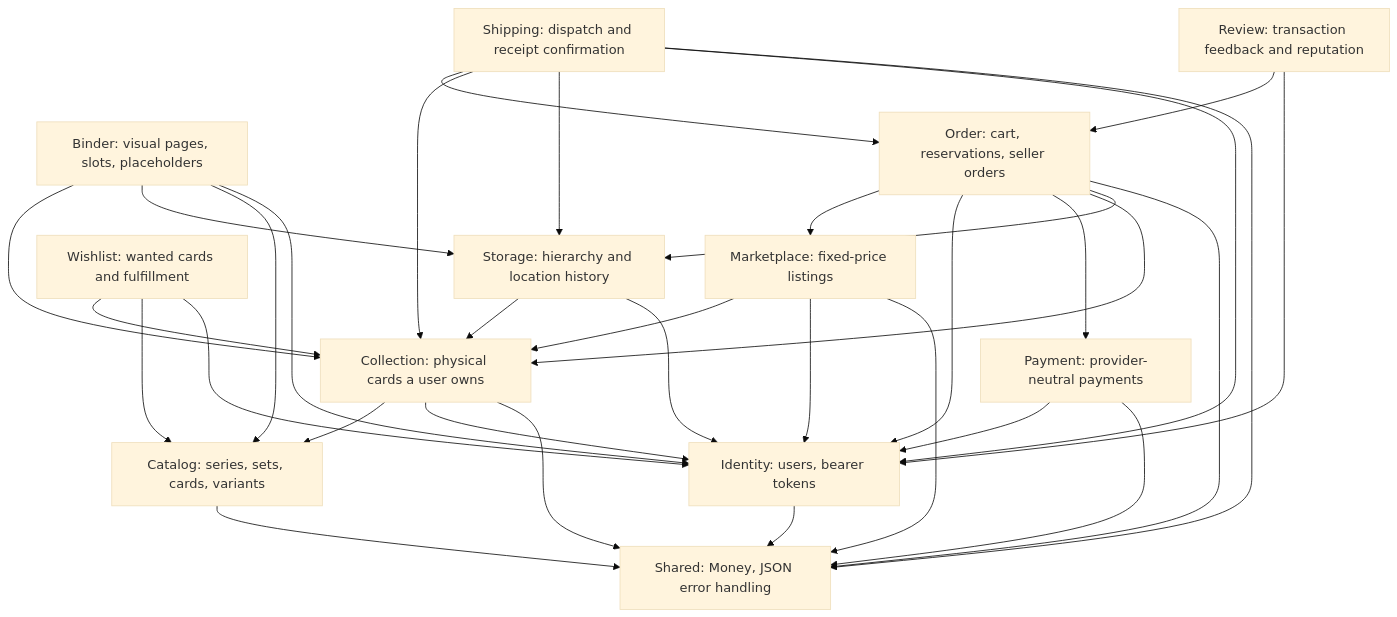
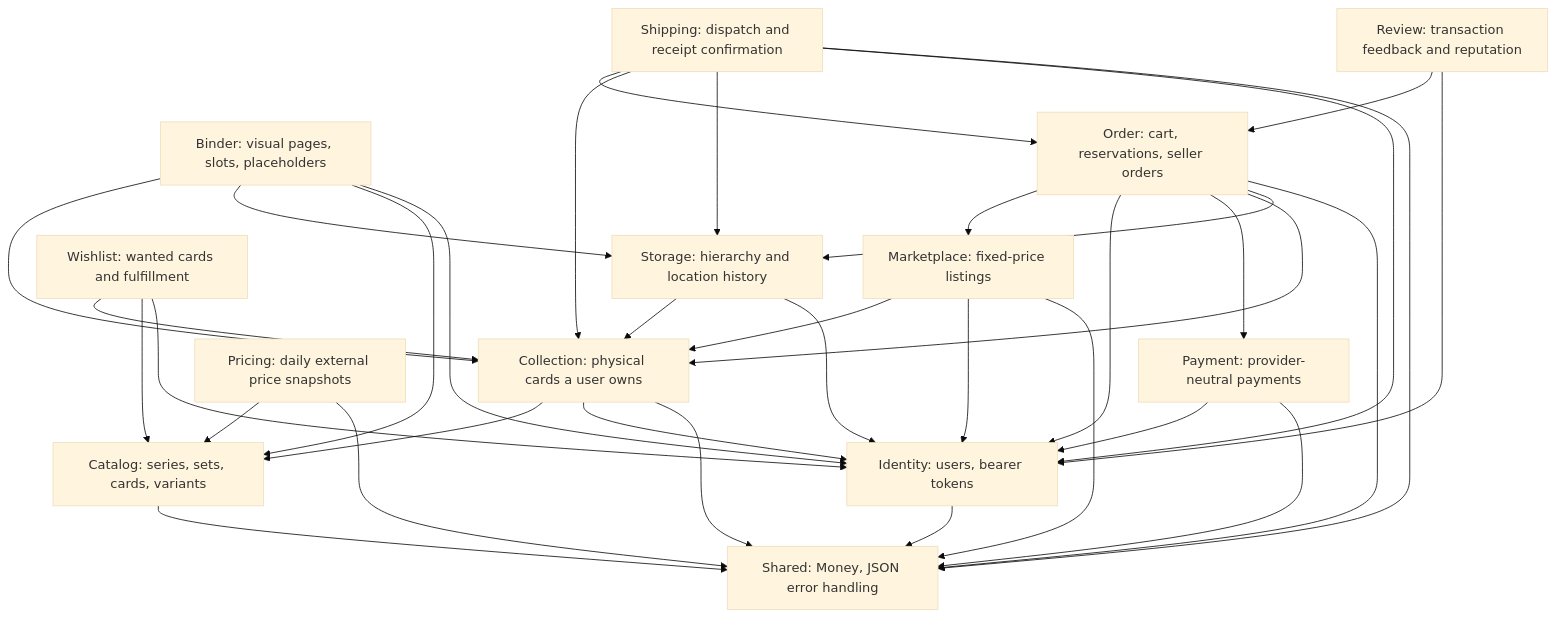
Before and after one commit to Jelmer-Ketelaar/CardNest: the diagram in README.md, drawn with Mermaid (base theme). The commit also changed other lines of this file and 90 other files, not shown here.

````diff
--- a/README.md
+++ b/README.md
@@ -220,48 +235,51 @@
 ```mermaid
 flowchart TD
     Identity[Identity: users, bearer tokens]
     Catalog[Catalog: series, sets, cards, variants]
     Collection[Collection: physical cards a user owns]
     Storage[Storage: hierarchy and location history]
     Binder[Binder: visual pages, slots, placeholders]
     Wishlist[Wishlist: wanted cards and fulfillment]
     Marketplace[Marketplace: fixed-price listings]
     Order[Order: cart, reservations, seller orders]
     Payment[Payment: provider-neutral payments]
     Shipping[Shipping: dispatch and receipt confirmation]
     Review[Review: transaction feedback and reputation]
+    Pricing[Pricing: daily external price snapshots]
     Shared[Shared: Money, JSON error handling]
 
     Collection --> Catalog
     Collection --> Identity
     Storage --> Collection
     Storage --> Identity
     Binder --> Collection
     Binder --> Storage
     Binder --> Catalog
     Binder --> Identity
     Wishlist --> Collection
     Wishlist --> Catalog
     Wishlist --> Identity
     Marketplace --> Collection
     Marketplace --> Identity
     Marketplace --> Shared
     Order --> Marketplace
     Order --> Identity
     Order --> Payment
     Order --> Collection
     Order --> Storage
     Order --> Shared
     Shipping --> Order
     Shipping --> Collection
     Shipping --> Storage
     Shipping --> Identity
     Shipping --> Shared
     Review --> Order
     Review --> Identity
+    Pricing --> Catalog
+    Pricing --> Shared
     Payment --> Identity
     Payment --> Shared
     Catalog --> Shared
     Collection --> Shared
     Identity --> Shared
 ```
````
